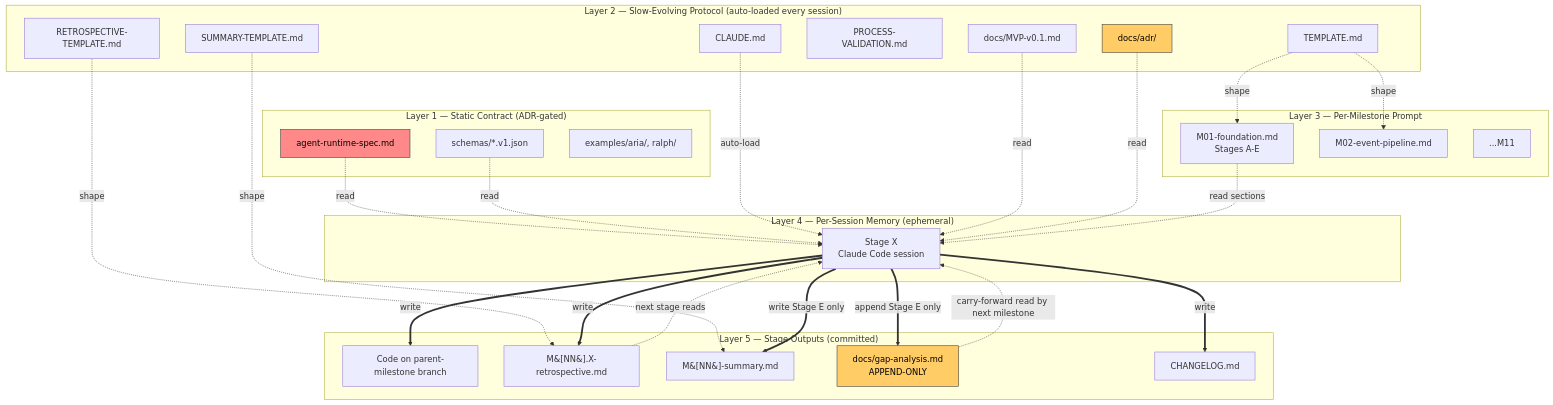
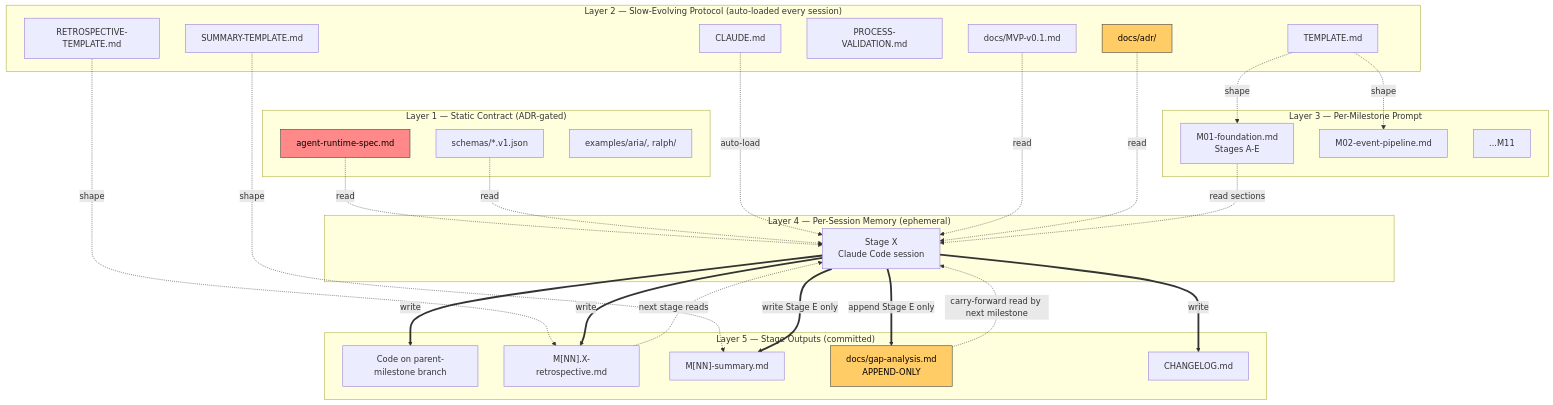
The diagram in docs/persistence-architecture.md (kknipe2k/AgentFramework), drawn with Mermaid before and after one commit. The commit also changed 1 other file, not shown here.

Commit message:
docs: fix mermaid bracket parsing in HTML and md (use quoted labels)
The HTML page choked on `RETRO[M&#91;NN&#93;.X-retrospective.md]` because
the browser decodes HTML entities before Mermaid receives the source —
Mermaid then sees `RETRO[M[NN].X-retrospective.md]` with nested brackets,
which breaks the Node[label] syntax (the inner `[` looks like a new
node opener).

Replaced with quoted labels: `RETRO["M[NN].X-retrospective.md"]`. Mermaid
treats anything inside the quotes as a literal label, so brackets are
safe. Applied the same fix to the markdown source for portability —
anyone copying the diagram to mermaid.live or another renderer now gets
a working version without the HTML-entity workaround.

Affects two nodes: RETRO and SUMMARY in Layer 5.

https://claude.ai/code/session_01Yb2a1gERV6rv5evYpj7c7d

````diff
--- a/docs/persistence-architecture.md
+++ b/docs/persistence-architecture.md
@@ -256,61 +256,61 @@
 ```mermaid
 graph TB
     subgraph L1["Layer 1 — Static Contract (ADR-gated)"]
         SPEC[agent-runtime-spec.md]
         SCHEMA[schemas/*.v1.json]
         EX[examples/aria/, ralph/]
     end
 
     subgraph L2["Layer 2 — Slow-Evolving Protocol (auto-loaded every session)"]
         CLAUDE[CLAUDE.md]
         MVP[docs/MVP-v0.1.md]
         TEMPLATE[TEMPLATE.md]
         PV[PROCESS-VALIDATION.md]
         RETROTPL[RETROSPECTIVE-TEMPLATE.md]
         SUMTPL[SUMMARY-TEMPLATE.md]
         ADR[docs/adr/]
     end
 
     subgraph L3["Layer 3 — Per-Milestone Prompt"]
         M01PROMPT[M01-foundation.md<br/>Stages A-E]
         M02PROMPT[M02-event-pipeline.md]
         MNN[...M11]
     end
 
     subgraph L4["Layer 4 — Per-Session Memory (ephemeral)"]
         SESSION[Stage X<br/>Claude Code session]
     end
 
     subgraph L5["Layer 5 — Stage Outputs (committed)"]
         CODE[Code on parent-milestone branch]
-        RETRO[M&#91;NN&#93;.X-retrospective.md]
-        SUMMARY[M&#91;NN&#93;-summary.md]
+        RETRO["M[NN].X-retrospective.md"]
+        SUMMARY["M[NN]-summary.md"]
         GAP[docs/gap-analysis.md<br/>APPEND-ONLY]
         CHANGELOG[CHANGELOG.md]
     end
 
     SPEC -.read.-> SESSION
     SCHEMA -.read.-> SESSION
     CLAUDE -.auto-load.-> SESSION
     MVP -.read.-> SESSION
     TEMPLATE -.shape.-> M01PROMPT
     TEMPLATE -.shape.-> M02PROMPT
     RETROTPL -.shape.-> RETRO
     SUMTPL -.shape.-> SUMMARY
     ADR -.read.-> SESSION
     M01PROMPT -.read sections.-> SESSION
 
     SESSION ==write==> CODE
     SESSION ==write==> RETRO
     SESSION ==write Stage E only==> SUMMARY
     SESSION ==append Stage E only==> GAP
     SESSION ==write==> CHANGELOG
 
     RETRO -.next stage reads.-> SESSION
     GAP -.carry-forward read by next milestone.-> SESSION
 
     classDef immutable fill:#ff8888,stroke:#333,color:#000
     classDef append fill:#ffcc66,stroke:#333,color:#000
     class ADR,GAP append
     class SPEC immutable
 ```
````
